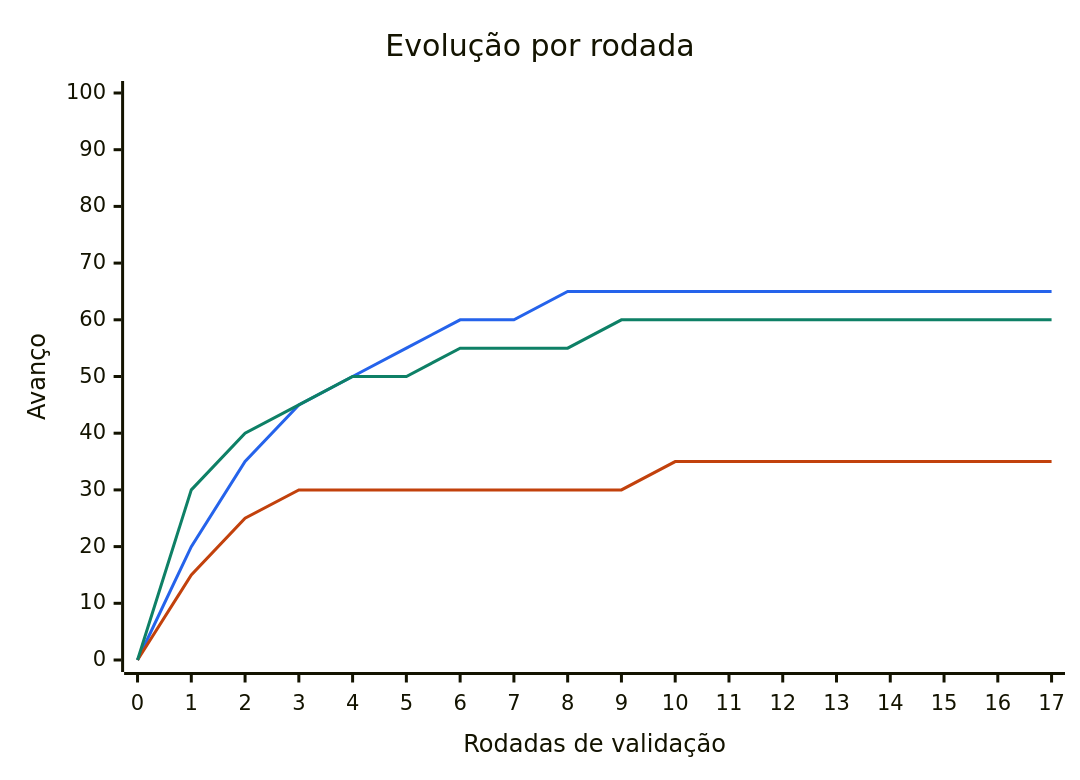
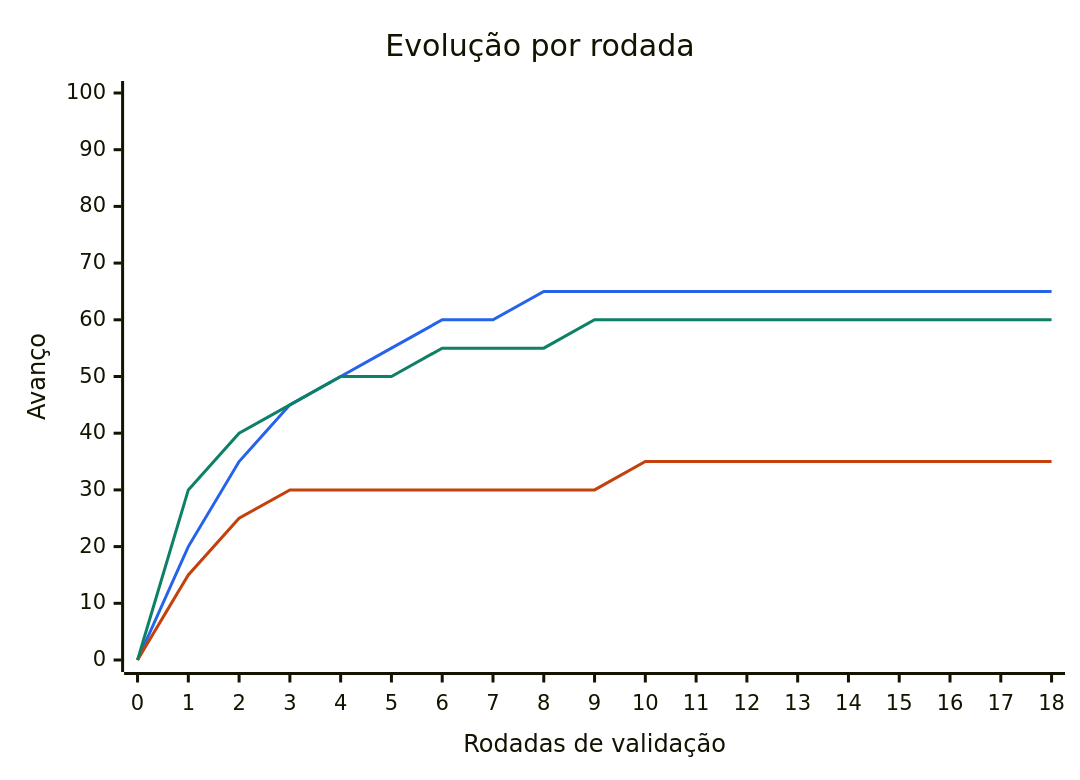
The diagram in docs/colaboracao/ACOMPANHAMENTO.md (thiagozonda1989-stack/simuladorCotacao), drawn with Mermaid before and after one commit. The commit also changed other lines of this file and 1 other file, not shown here.

Commit message:
Registra a busca genética da rodada 18 no painel

````diff
--- a/docs/colaboracao/ACOMPANHAMENTO.md
+++ b/docs/colaboracao/ACOMPANHAMENTO.md
@@ -11,15 +11,15 @@
 ```mermaid
 ---
 config:
   themeVariables:
     xyChart:
       plotColorPalette: "#2563eb,#c2410c,#0e8066"
 ---
 xychart-beta
   title "Evolução por rodada"
-  x-axis "Rodadas de validação" [0, 1, 2, 3, 4, 5, 6, 7, 8, 9, 10, 11, 12, 13, 14, 15, 16, 17]
+  x-axis "Rodadas de validação" [0, 1, 2, 3, 4, 5, 6, 7, 8, 9, 10, 11, 12, 13, 14, 15, 16, 17, 18]
   y-axis "Avanço" 0 --> 100
-  line [0, 20, 35, 45, 50, 55, 60, 60, 65, 65, 65, 65, 65, 65, 65, 65, 65, 65]
-  line [0, 15, 25, 30, 30, 30, 30, 30, 30, 30, 35, 35, 35, 35, 35, 35, 35, 35]
-  line [0, 30, 40, 45, 50, 50, 55, 55, 55, 60, 60, 60, 60, 60, 60, 60, 60, 60]
+  line [0, 20, 35, 45, 50, 55, 60, 60, 65, 65, 65, 65, 65, 65, 65, 65, 65, 65, 65]
+  line [0, 15, 25, 30, 30, 30, 30, 30, 30, 30, 35, 35, 35, 35, 35, 35, 35, 35, 35]
+  line [0, 30, 40, 45, 50, 50, 55, 55, 55, 60, 60, 60, 60, 60, 60, 60, 60, 60, 60]
 ```
````
